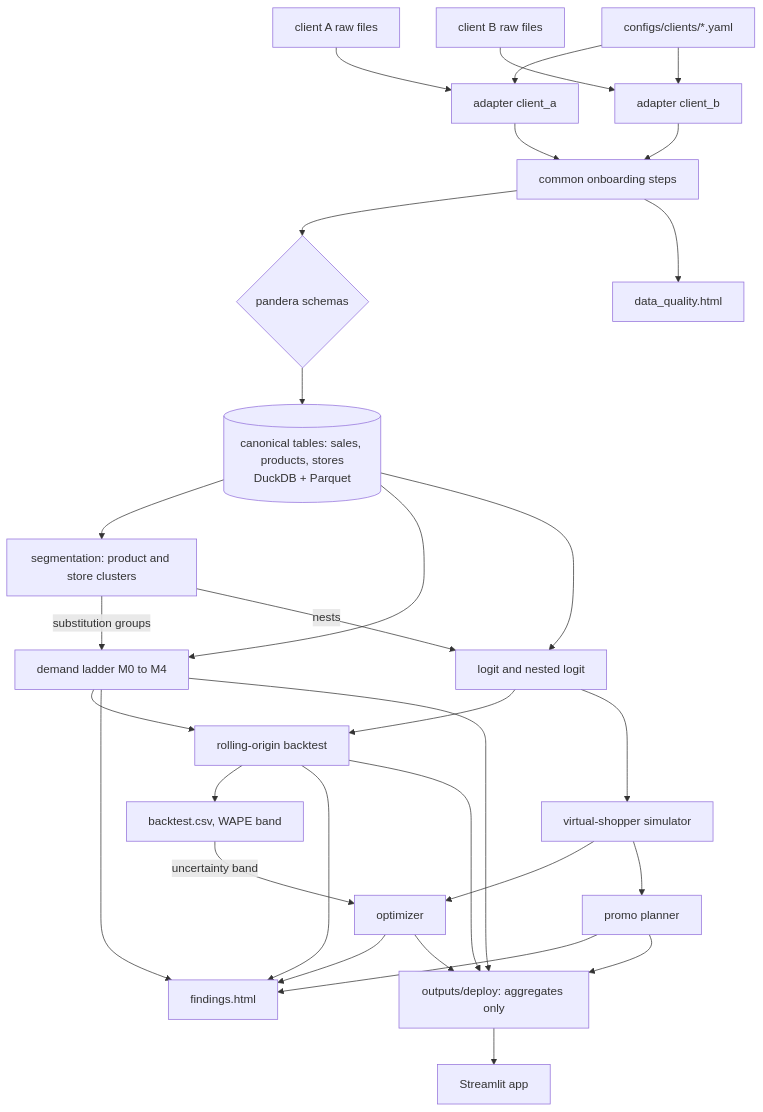
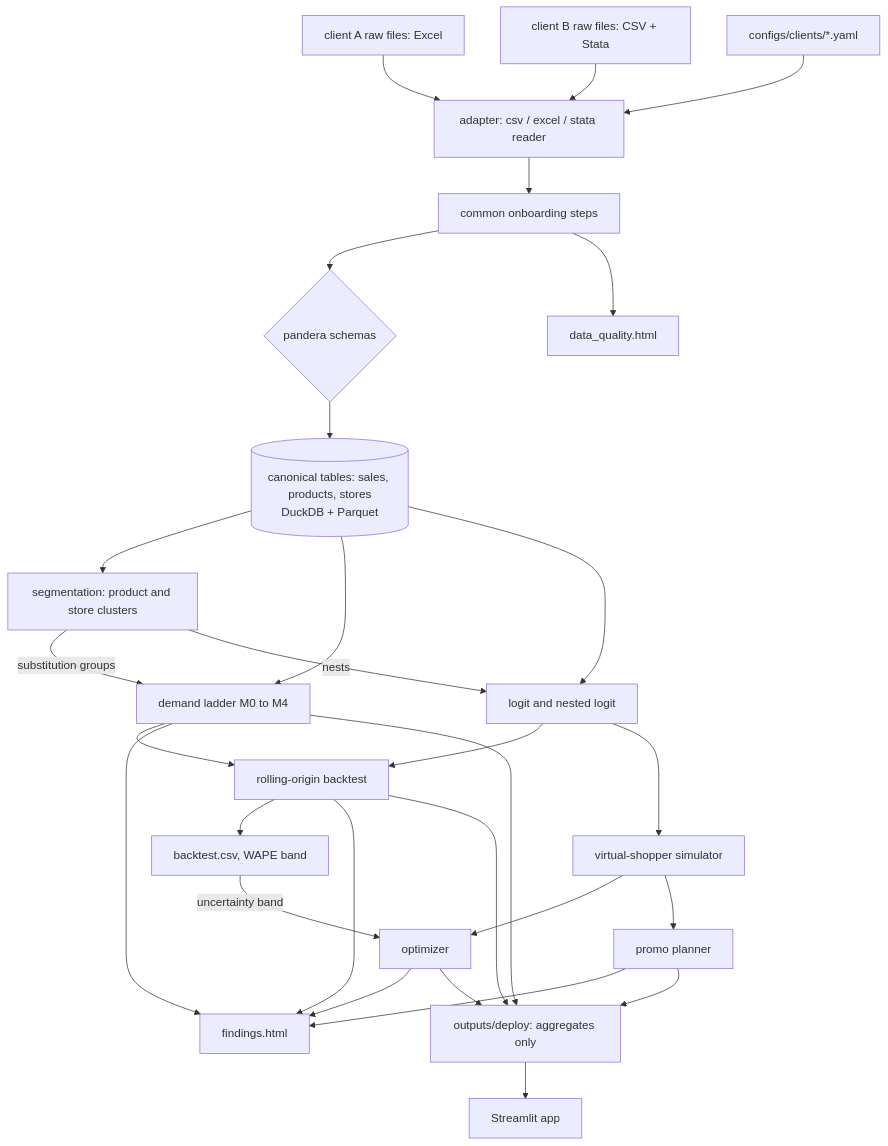
One commit to nimish0503/pricing-simulator changed the diagram in docs/architecture.md. Above: the diagram before and after it, drawn with Mermaid. The commit also changed other lines of this file and 32 other files, not shown here.

````diff
--- a/docs/architecture.md
+++ b/docs/architecture.md
@@ -9,28 +9,28 @@
 ```mermaid
 flowchart TD
-    rawA[client A raw files] --> adA[adapter client_a]
-    rawB[client B raw files] --> adB[adapter client_b]
-    cfg[configs/clients/*.yaml] --> adA & adB
-    adA & adB --> steps[common onboarding steps]
+    rawA[client A raw files: Excel] --> read[adapter: csv / excel / stata reader]
+    rawB[client B raw files: CSV + Stata] --> read
+    cfg[configs/clients/*.yaml] --> read
+    read --> steps[common onboarding steps]
     steps --> val{pandera schemas}
     val --> canon[(canonical tables: sales, products, stores<br/>DuckDB + Parquet)]
     steps --> dq[data_quality.html]
 
     canon --> seg[segmentation: product and store clusters]
     canon --> demand[demand ladder M0 to M4]
     seg -- substitution groups --> demand
     seg -- nests --> choice[logit and nested logit]
     canon --> choice
 
     demand & choice --> bt[rolling-origin backtest]
     bt --> btcsv[backtest.csv, WAPE band]
 
     choice --> sim[virtual-shopper simulator]
     sim --> opt[optimizer]
     sim --> promo[promo planner]
     btcsv -- uncertainty band --> opt
 
     opt & promo & demand & bt --> report[findings.html]
     opt & promo & demand & bt --> deploy[outputs/deploy: aggregates only]
     deploy --> app[Streamlit app]
 ```
````
